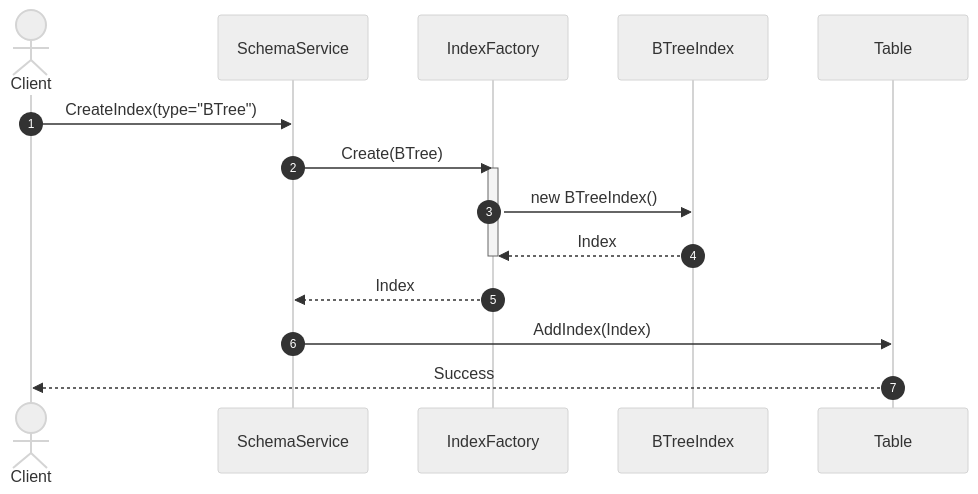
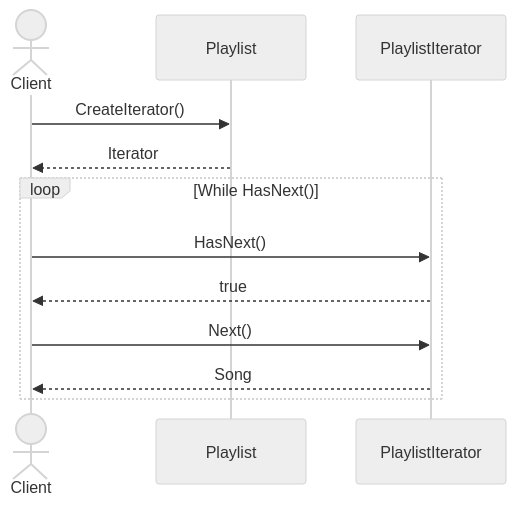
One commit to Hagiakhanh/bbv-dbms changed diagram 19 of 39 in docs/design-patterns/README.md. Above: the diagram before and after it, drawn with Mermaid (neutral theme). The commit also changed other lines of this file and 1 other file, not shown here.

````diff
--- a/docs/design-patterns/README.md
+++ b/docs/design-patterns/README.md
@@ -1250,18 +2890,16 @@
 ```mermaid
 sequenceDiagram
-    autonumber
     actor Client
-    participant Service as SchemaService
-    participant Factory as IndexFactory
-    participant BTree as BTreeIndex
-    participant Table as Table
-    Client->>Service: CreateIndex(type="BTree")
-    Service->>Factory: Create(BTree)
-    activate Factory
-    Factory->>BTree: new BTreeIndex()
-    BTree-->>Factory: Index
-    deactivate Factory
-    Factory-->>Service: Index
-    Service->>Table: AddIndex(Index)
-    Table-->>Client: Success
+    participant Playlist
+    participant Iterator as PlaylistIterator
+
+    Client->>Playlist: CreateIterator()
+    Playlist-->>Client: Iterator
+
+    loop While HasNext()
+        Client->>Iterator: HasNext()
+        Iterator-->>Client: true
+        Client->>Iterator: Next()
+        Iterator-->>Client: Song
+    end
 ```
````
